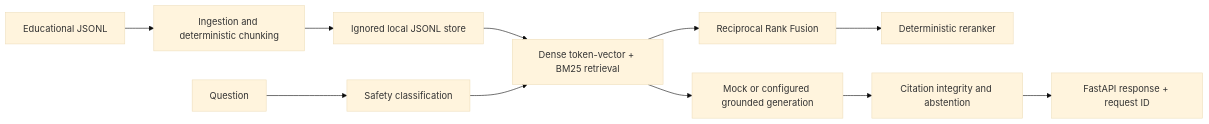
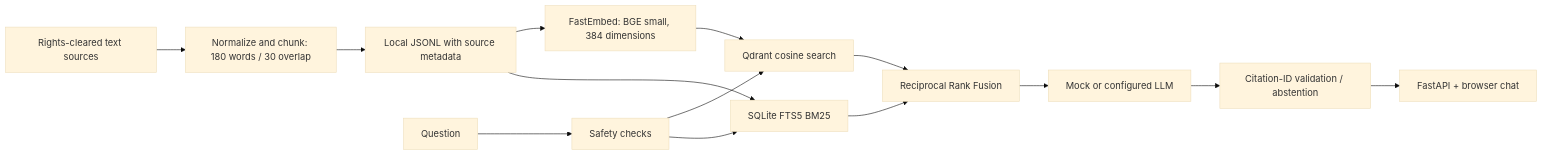
One commit to Rishitha01-08/medical-rag-project changed the diagram in README.md. Above: the diagram before and after it, drawn with Mermaid (base theme). The commit also changed other lines of this file and 31 other files, not shown here.

````diff
--- a/README.md
+++ b/README.md
@@ -13,13 +20,16 @@
 ```mermaid
 flowchart LR
-  D[Educational JSONL] --> I[Ingestion and deterministic chunking]
-  I --> L[Ignored local JSONL store]
-  L --> R[Dense token-vector + BM25 retrieval]
-  R --> F[Reciprocal Rank Fusion]
-  F --> Q[Deterministic reranker]
-  U[Question] --> S[Safety classification]
-  S --> R
-  R --> G[Mock or configured grounded generation]
-  G --> V[Citation integrity and abstention]
-  V --> A[FastAPI response + request ID]
+  T[Rights-cleared text sources] --> C[Normalize and chunk: 180 words / 30 overlap]
+  C --> J[Local JSONL with source metadata]
+  J --> E[FastEmbed: BGE small, 384 dimensions]
+  E --> Q[Qdrant cosine search]
+  J --> F[SQLite FTS5 BM25]
+  U[Question] --> S[Safety checks]
+  S --> Q
+  S --> F
+  Q --> R[Reciprocal Rank Fusion]
+  F --> R
+  R --> G[Mock or configured LLM]
+  G --> V[Citation-ID validation / abstention]
+  V --> A[FastAPI + browser chat]
 ```
````
